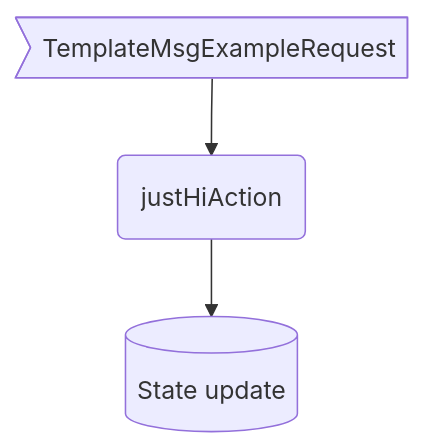
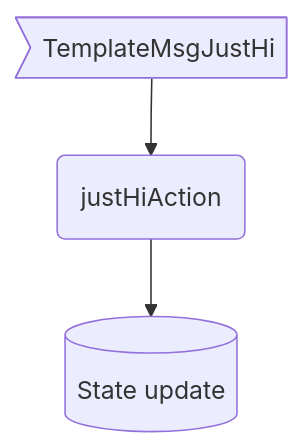
One commit to anoma/nspec changed the first of 2 diagrams in docs/arch/node/engines/template_behaviour.juvix.md. Above: the diagram before and after it, drawn with Mermaid. The commit also changed other lines of this file, not shown here.

Commit message:
Template Behaviour: fixes

````diff
--- a/docs/arch/node/engines/template_behaviour.juvix.md
+++ b/docs/arch/node/engines/template_behaviour.juvix.md
@@ -153,8 +157,8 @@
 ```mermaid
 flowchart TD
-  CM>TemplateMsgExampleRequest]
+  CM>TemplateMsgJustHi]
   A(justHiAction)
   ES[(State update)]
 
   CM --> A --> ES
 ```
````
